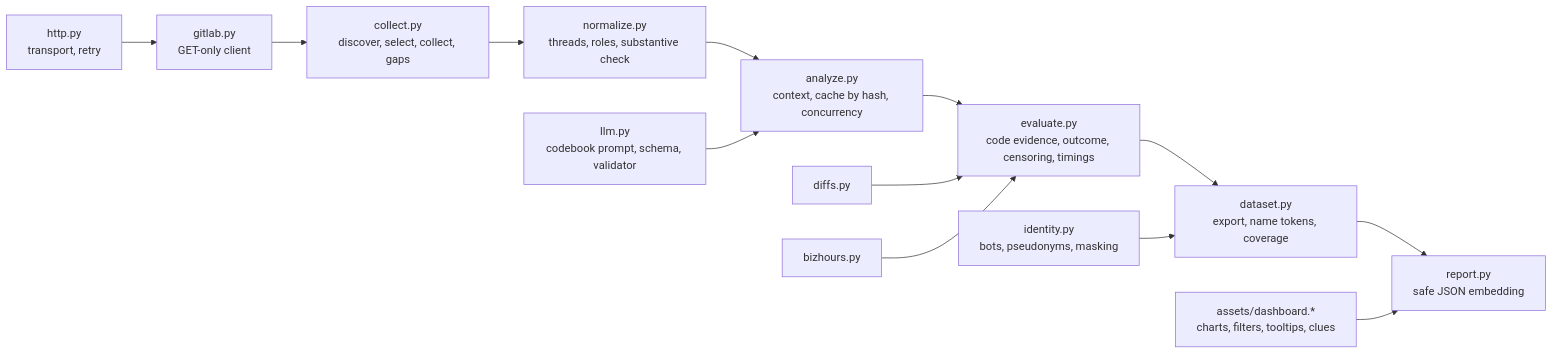
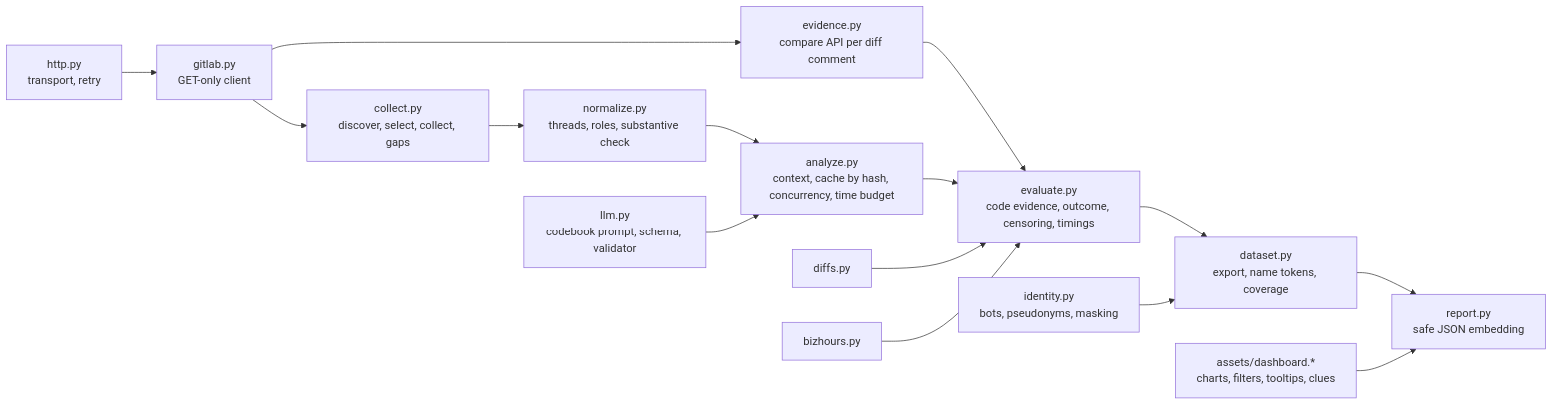
The third of 3 diagrams in 20261126_MR_reviewFeedbackEvaluation/docs/architecture.md (marcelpetrick/codingWithGPT), drawn with Mermaid before and after one commit. The commit also changed other lines of this file and 12 other files, not shown here.

````diff
--- a/20261126_MR_reviewFeedbackEvaluation/docs/architecture.md
+++ b/20261126_MR_reviewFeedbackEvaluation/docs/architecture.md
@@ -47,15 +47,17 @@
 ```mermaid
 flowchart LR
   http["http.py<br/>transport, retry"] --> gl["gitlab.py<br/>GET-only client"]
   gl --> collect["collect.py<br/>discover, select, collect, gaps"]
   collect --> norm["normalize.py<br/>threads, roles, substantive check"]
-  norm --> analyze["analyze.py<br/>context, cache by hash, concurrency"]
+  norm --> analyze["analyze.py<br/>context, cache by hash, concurrency, time budget"]
+  gl --> evid["evidence.py<br/>compare API per diff comment"]
+  evid --> evaluate
   llm["llm.py<br/>codebook prompt, schema, validator"] --> analyze
   analyze --> evaluate["evaluate.py<br/>code evidence, outcome, censoring, timings"]
   diffs["diffs.py"] --> evaluate
   biz["bizhours.py"] --> evaluate
   evaluate --> dataset["dataset.py<br/>export, name tokens, coverage"]
   ident["identity.py<br/>bots, pseudonyms, masking"] --> dataset
   dataset --> report["report.py<br/>safe JSON embedding"]
   assets["assets/dashboard.*<br/>charts, filters, tooltips, clues"] --> report
 ```
````
